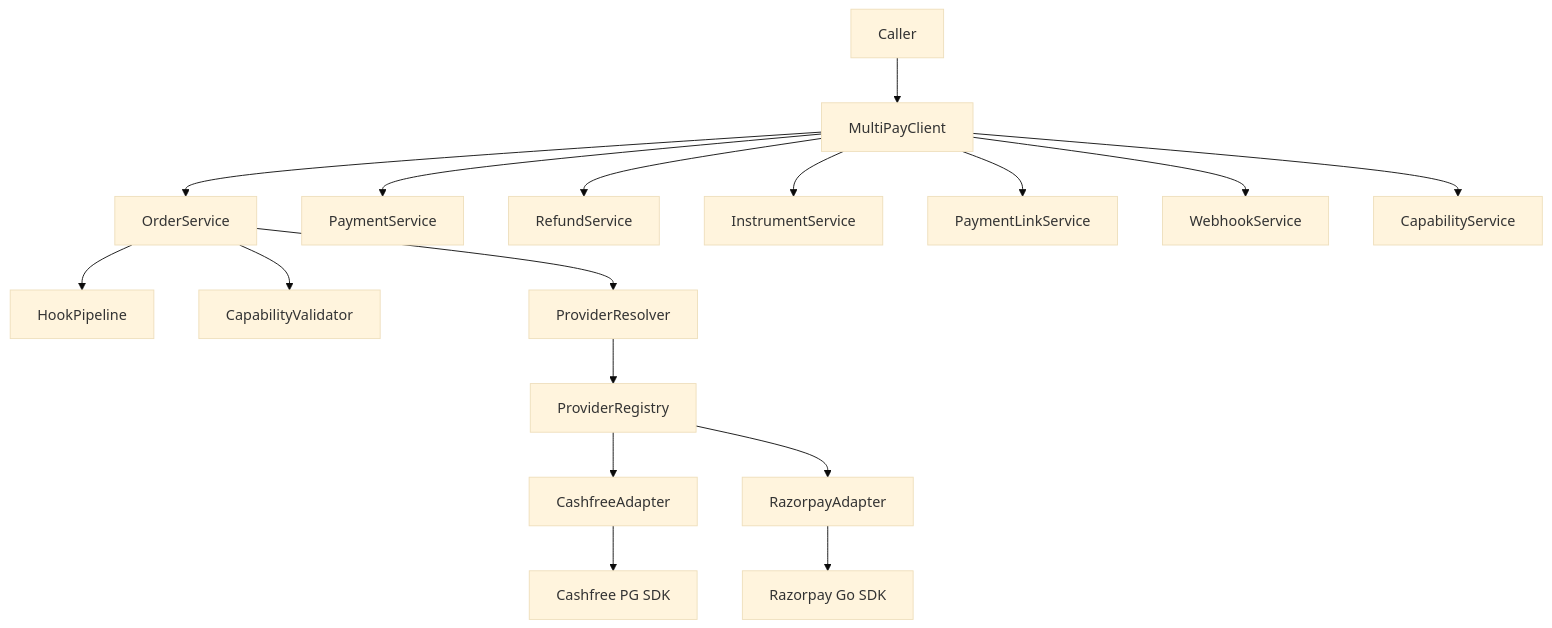
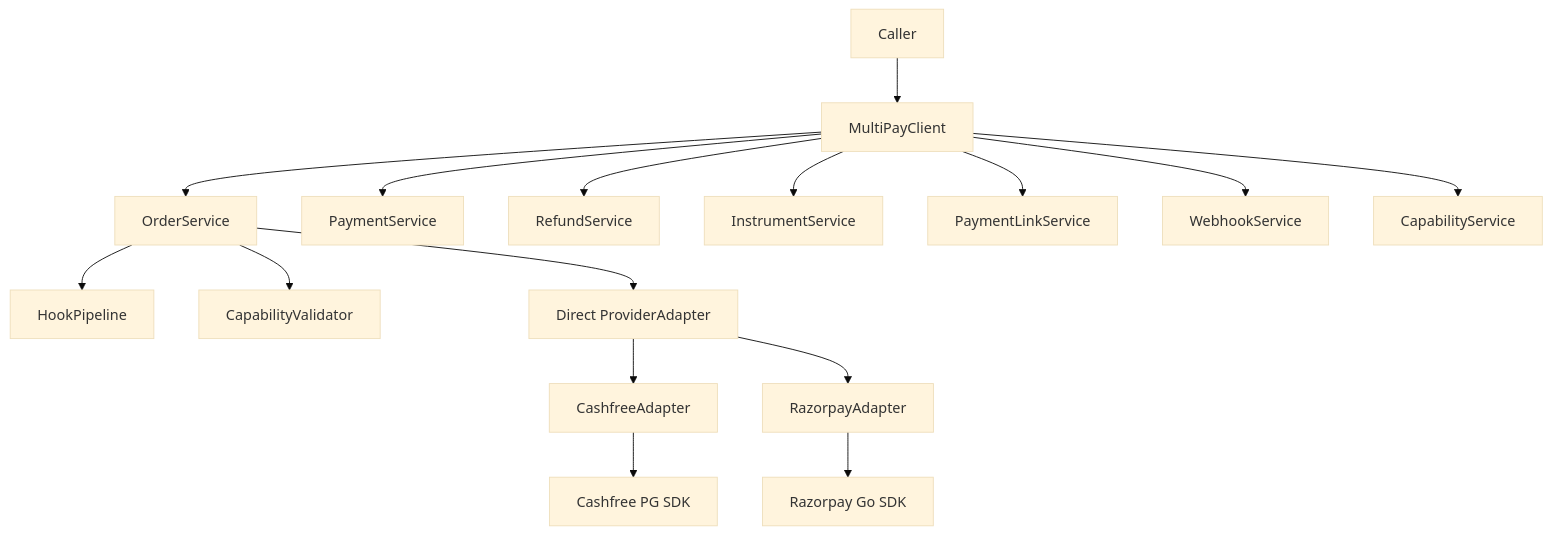
The first of 5 diagrams in DESIGN.md (Bytonomics/multipay-india), drawn with Mermaid (base theme) before and after one commit. The commit also changed other lines of this file and 16 other files, not shown here.

First line of the commit message:
refactor!: replace provider registry with single-adapter binding

````diff
--- a/DESIGN.md
+++ b/DESIGN.md
@@ -7,22 +7,21 @@
 ```mermaid
 graph TD
     Caller --> MultiPayClient
     MultiPayClient --> OrderService
     MultiPayClient --> PaymentService
     MultiPayClient --> RefundService
     MultiPayClient --> InstrumentService
     MultiPayClient --> PaymentLinkService
     MultiPayClient --> WebhookService
     MultiPayClient --> CapabilityService
 
     OrderService --> HookPipeline
     OrderService --> CapabilityValidator
-    OrderService --> ProviderResolver
+    OrderService --> ProviderAdapter["Direct ProviderAdapter"]
 
-    ProviderResolver --> ProviderRegistry
-    ProviderRegistry --> CashfreeAdapter
-    ProviderRegistry --> RazorpayAdapter
+    ProviderAdapter --> CashfreeAdapter
+    ProviderAdapter --> RazorpayAdapter
 
     CashfreeAdapter --> CashfreeSDK["Cashfree PG SDK"]
     RazorpayAdapter --> RazorpaySDK["Razorpay Go SDK"]
 ```
````
